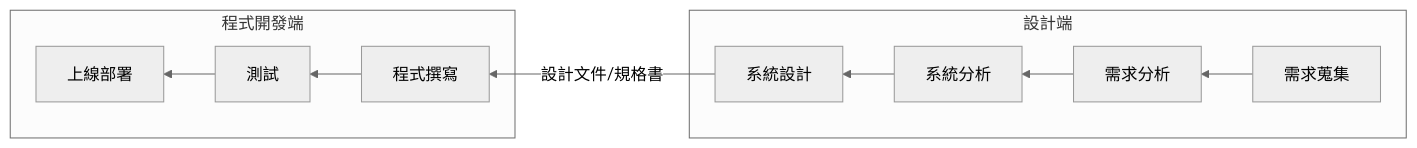
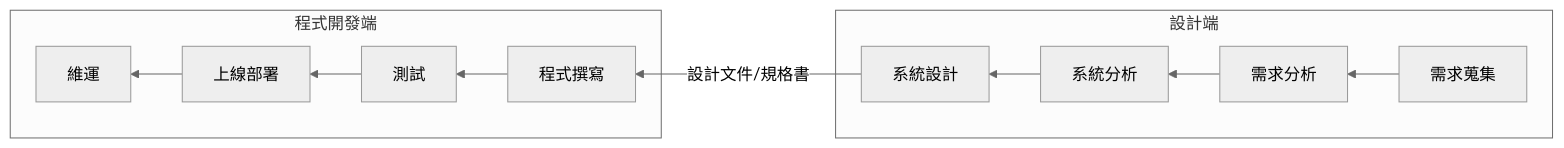
The first of 4 diagrams in apps/slidev-presentation/slides.md (ayugioh2003/ooad-ai), drawn with Mermaid (neutral theme) before and after one commit. The commit also changed other lines of this file and 10 other files, not shown here.

````diff
--- a/apps/slidev-presentation/slides.md
+++ b/apps/slidev-presentation/slides.md
@@ -99,15 +99,16 @@
 ```mermaid
 flowchart RL
   subgraph 設計端
     A[需求蒐集] --> B[需求分析]
     B --> C[系統分析]
     C --> D[系統設計]
   end
 
   subgraph 程式開發端
     E[程式撰寫] --> F[測試]
     F --> G[上線部署]
+    G --> H[維運]
   end
 
   D -- 設計文件/規格書 --> E
 ```
````
